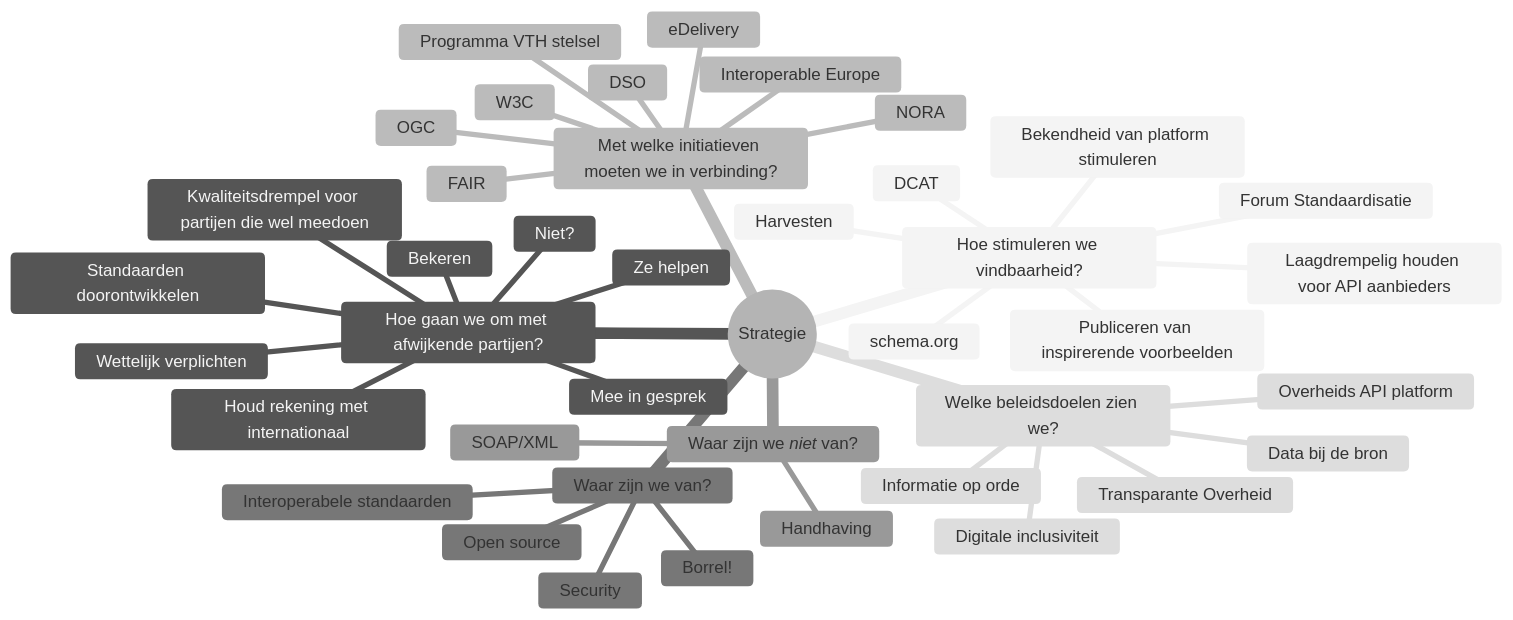
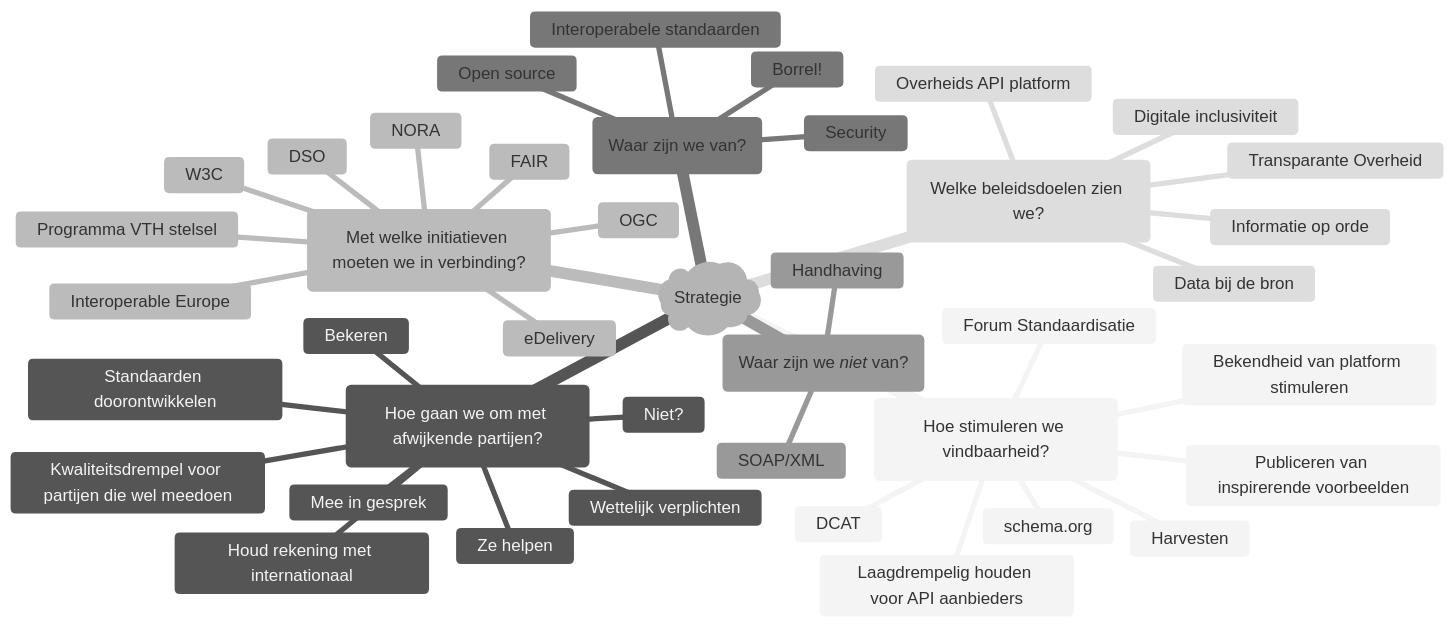
One commit to Geonovum/KP-APIs changed the diagram in overleggen/Werkgroep API strategie en beleid/Gebruikerswensen/mindmap.md. Above: the diagram before and after it, drawn with Mermaid (neutral theme).

Commit message:
Update mindmap.md
Onderscheid tussen niveaus: 1 wolk, 2 ovaal en 3 vierkant

````diff
--- a/overleggen/Werkgroep API strategie en beleid/Gebruikerswensen/mindmap.md
+++ b/overleggen/Werkgroep API strategie en beleid/Gebruikerswensen/mindmap.md
@@ -4,44 +4,44 @@
 ```mermaid
 mindmap
-  root((Strategie))
-    Hoe stimuleren we vindbaarheid?
+  root)Strategie(
+    (Hoe stimuleren we vindbaarheid?)
       Bekendheid van platform stimuleren
       DCAT
       Forum Standaardisatie
       Harvesten
       Laagdrempelig houden voor API aanbieders
       Publiceren van inspirerende voorbeelden
       schema.org
-    Hoe gaan we om met afwijkende partijen?
+    (Hoe gaan we om met afwijkende partijen?)
       Bekeren
       Houd rekening met internationaal
       Kwaliteitsdrempel voor partijen die wel meedoen
       Mee in gesprek
       Niet?
       Standaarden doorontwikkelen
       Wettelijk verplichten
       Ze helpen
-    Met welke initiatieven moeten we in verbinding?
+    (Met welke initiatieven moeten we in verbinding?)
       DSO
       eDelivery
       FAIR
       Interoperable Europe
       NORA
       OGC
       Programma VTH stelsel
       W3C
-    Waar zijn we van?
+    (Waar zijn we van?)
       Borrel!
       Interoperabele standaarden
       Open source
       Security
-    Waar zijn we *niet* van?
+    (Waar zijn we *niet* van?)
       SOAP/XML
       Handhaving
-    Welke beleidsdoelen zien we?
+    (Welke beleidsdoelen zien we?)
       Data bij de bron
       Digitale inclusiviteit
       Informatie op orde
       Overheids API platform
       Transparante Overheid
 ```
````
